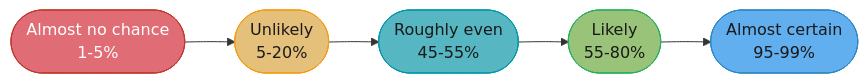
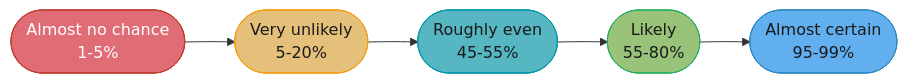
One commit to rppol/system-design changed the second of 3 diagrams in src/main/java/com/rutik/systemdesign/soft_skills/hedging_commitment_and_disagreement/hedging_commitment_and_disagreement.md. Above: the diagram before and after it, drawn with Mermaid. The commit also changed 655 other files, not shown here.

````diff
--- a/src/main/java/com/rutik/systemdesign/soft_skills/hedging_commitment_and_disagreement/hedging_commitment_and_disagreement.md
+++ b/src/main/java/com/rutik/systemdesign/soft_skills/hedging_commitment_and_disagreement/hedging_commitment_and_disagreement.md
@@ -125,19 +125,19 @@
 ```mermaid
 flowchart LR
     classDef vlow  fill:#e06c75,stroke:#c0392b,color:#fff
     classDef low   fill:#e5c07b,stroke:#f39c12,color:#1a1a1a
     classDef mid   fill:#56b6c2,stroke:#0097a7,color:#1a1a1a
     classDef high  fill:#98c379,stroke:#27ae60,color:#1a1a1a
     classDef vhigh fill:#61afef,stroke:#2e86c1,color:#1a1a1a
 
-    A(["Almost no chance<br/>1-5%"]) --> B(["Unlikely<br/>5-20%"])
+    A(["Almost no chance<br/>1-5%"]) --> B(["Very unlikely<br/>5-20%"])
     B --> C(["Roughly even<br/>45-55%"])
     C --> D(["Likely<br/>55-80%"])
     D --> E(["Almost certain<br/>95-99%"])
 
     class A vlow
     class B low
     class C mid
     class D high
     class E vhigh
 ```
````
